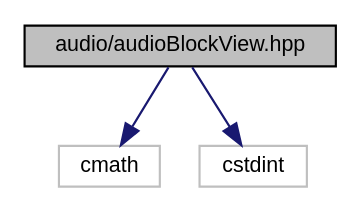
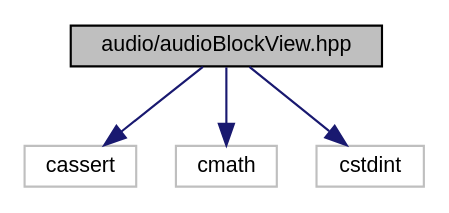
One commit to AkiyukiOkayasu/ame changed the diagram in docs/audio_block_view_8hpp__incl.dot. Above: the diagram before and after it, drawn with Graphviz. The commit also changed 87 other files, not shown here.

```diff
--- a/docs/audio_block_view_8hpp__incl.dot
+++ b/docs/audio_block_view_8hpp__incl.dot
@@ -1,11 +1,13 @@
 digraph "audio/audioBlockView.hpp"
 {
  // LATEX_PDF_SIZE
   edge [fontname="Helvetica",fontsize="10",labelfontname="Helvetica",labelfontsize="10"];
   node [fontname="Helvetica",fontsize="10",shape=record];
   Node1 [label="audio/audioBlockView.hpp",height=0.2,width=0.4,color="black", fillcolor="grey75", style="filled", fontcolor="black",tooltip="Audio Block View."];
   Node1 -> Node2 [color="midnightblue",fontsize="10",style="solid",fontname="Helvetica"];
-  Node2 [label="cmath",height=0.2,width=0.4,color="grey75", fillcolor="white", style="filled",tooltip=" "];
+  Node2 [label="cassert",height=0.2,width=0.4,color="grey75", fillcolor="white", style="filled",tooltip=" "];
   Node1 -> Node3 [color="midnightblue",fontsize="10",style="solid",fontname="Helvetica"];
-  Node3 [label="cstdint",height=0.2,width=0.4,color="grey75", fillcolor="white", style="filled",tooltip=" "];
+  Node3 [label="cmath",height=0.2,width=0.4,color="grey75", fillcolor="white", style="filled",tooltip=" "];
+  Node1 -> Node4 [color="midnightblue",fontsize="10",style="solid",fontname="Helvetica"];
+  Node4 [label="cstdint",height=0.2,width=0.4,color="grey75", fillcolor="white", style="filled",tooltip=" "];
 }
```
